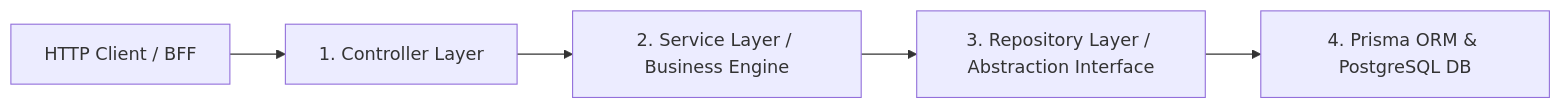
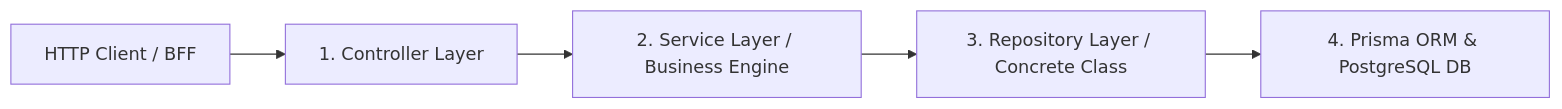
One commit to Revou-FSSE-Feb26/crack-be-Diba15 changed the diagram in README.md. Above: the diagram before and after it, drawn with Mermaid. The commit also changed other lines of this file and 2 other files, not shown here.

````diff
--- a/README.md
+++ b/README.md
@@ -18,7 +18,7 @@
 ```mermaid
 graph LR
     Client[HTTP Client / BFF] --> Controller[1. Controller Layer]
     Controller --> Service[2. Service Layer / Business Engine]
-    Service --> Repo[3. Repository Layer / Abstraction Interface]
+    Service --> Repo[3. Repository Layer / Concrete Class]
     Repo --> Prisma[4. Prisma ORM & PostgreSQL DB]
 ```
````
